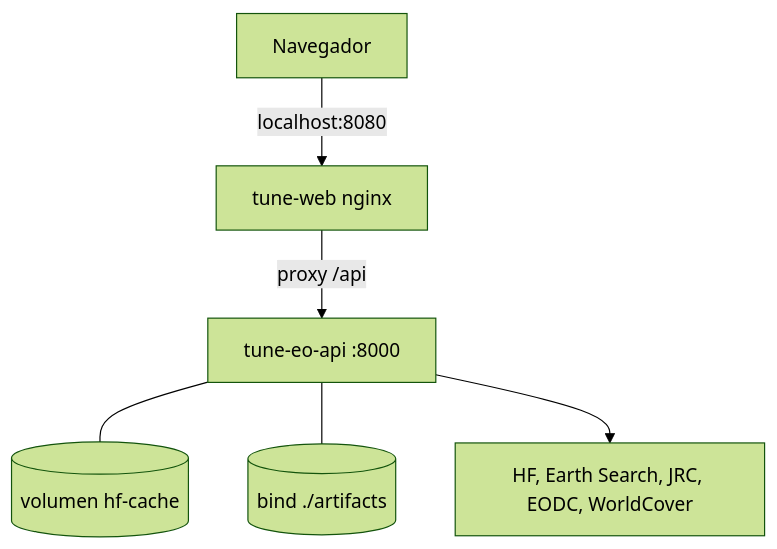
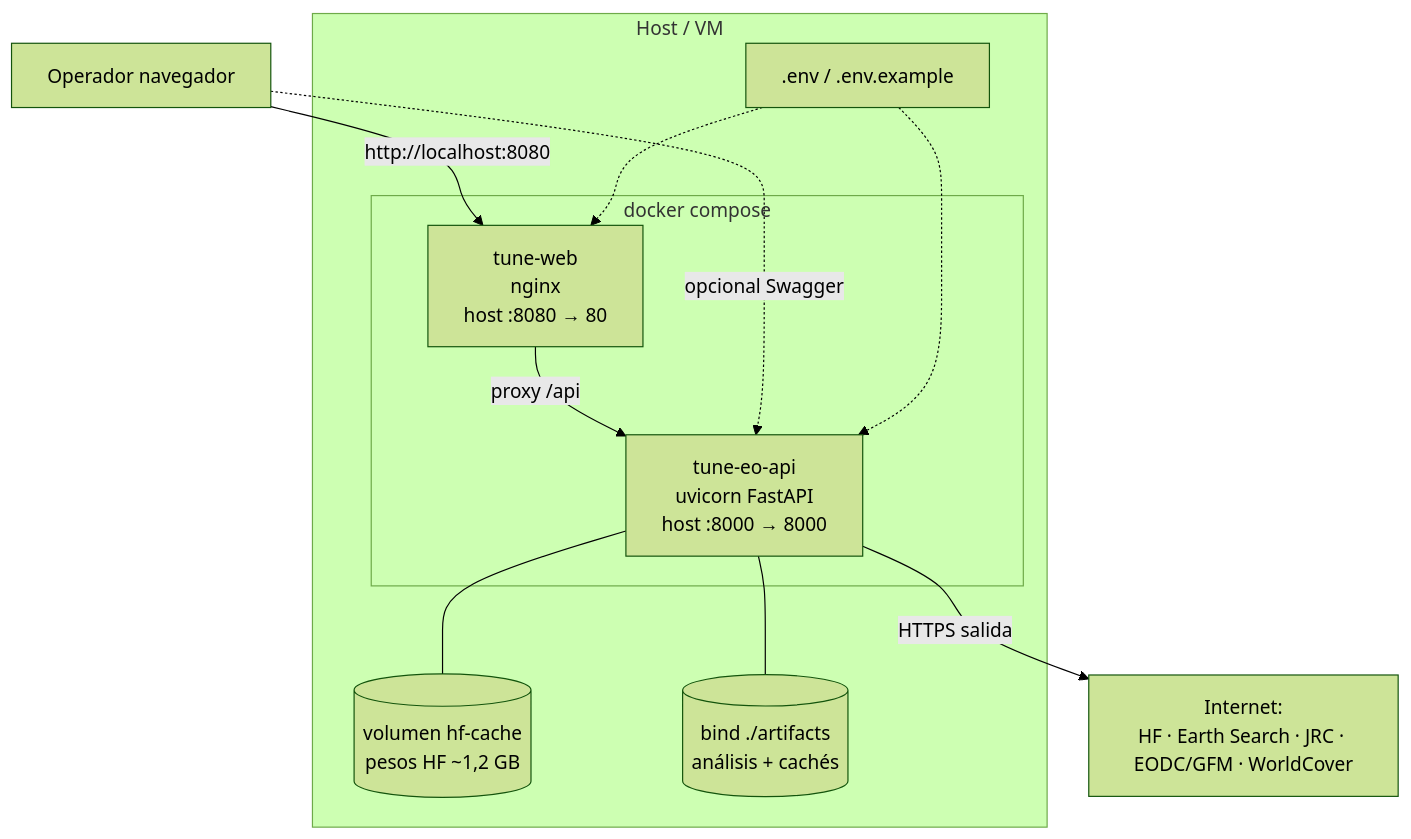
Before and after one commit to Charlsz/Tune: the sixth of 6 diagrams in docs/InformeFinal.md, drawn with Mermaid (forest theme). The commit also changed other lines of this file, not shown here.

Commit message:
Align final-report architecture diagrams with source Mermaid files.

````diff
--- a/docs/InformeFinal.md
+++ b/docs/InformeFinal.md
@@ -288,8 +363,21 @@
 ```mermaid
 flowchart TB
-  Op[Navegador] -->|"localhost:8080"| WEB[tune-web nginx]
-  WEB -->|"proxy /api"| API[tune-eo-api :8000]
-  API --- HF[("volumen hf-cache")]
-  API --- ART[("bind ./artifacts")]
-  API --> NET["HF, Earth Search, JRC, EODC, WorldCover"]
+  subgraph Host["Host / VM"]
+    subgraph Compose["docker compose"]
+      WEB["tune-web<br/>nginx<br/>host :8080 → 80"]
+      API["tune-eo-api<br/>uvicorn FastAPI<br/>host :8000 → 8000"]
+    end
+    VOL_HF[("volumen hf-cache<br/>pesos HF ~1,2 GB")]
+    DIR_ART[("bind ./artifacts<br/>análisis + cachés")]
+    ENV[".env / .env.example"]
+  end
+
+  Op[Operador navegador] -->|"http://localhost:8080"| WEB
+  WEB -->|"proxy /api"| API
+  Op -.->|"opcional Swagger"| API
+  API --- VOL_HF
+  API --- DIR_ART
+  ENV -.-> WEB
+  ENV -.-> API
+  API -->|"HTTPS salida"| NET["Internet:<br/>HF · Earth Search · JRC · EODC/GFM · WorldCover"]
 ```
````
